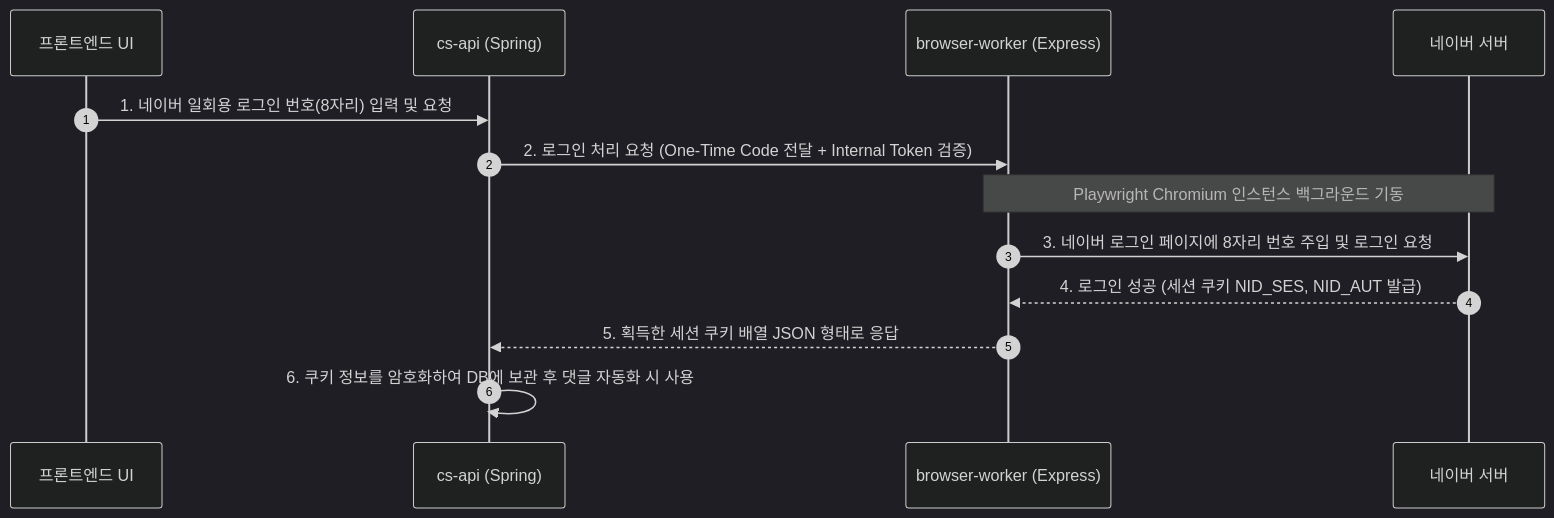
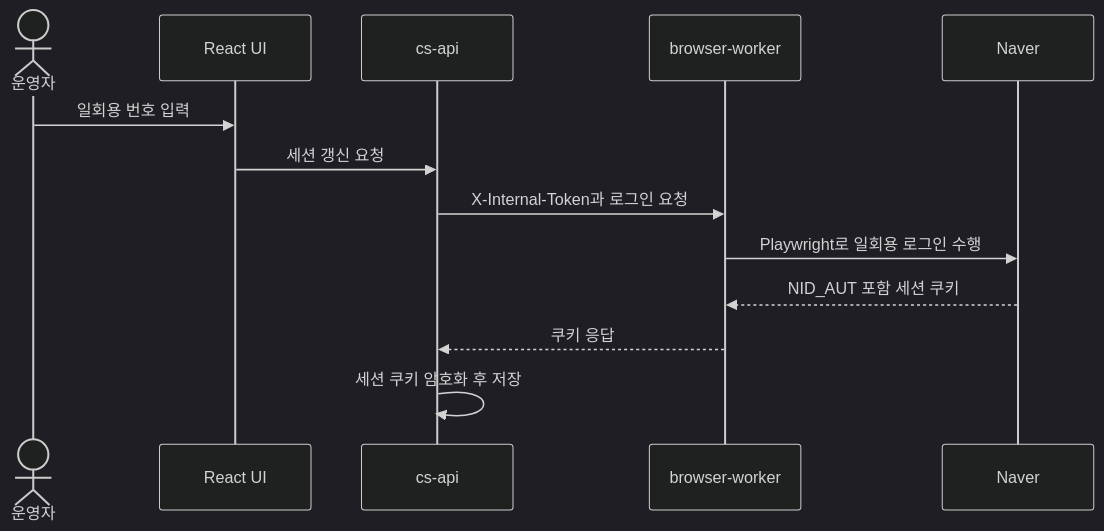
One commit to Yoonsik-Shin/cs-hub changed the second of 2 diagrams in docs/docs/code-architecture.md. Above: the diagram before and after it, drawn with Mermaid (dark theme). The commit also changed other lines of this file and 2 other files, not shown here.

Commit message:
docs: align code docs with runtime

````diff
--- a/docs/docs/code-architecture.md
+++ b/docs/docs/code-architecture.md
@@ -61,16 +58,16 @@
 ```mermaid
 sequenceDiagram
-    autonumber
-    participant UI as 프론트엔드 UI
-    participant API as cs-api (Spring)
-    participant Worker as browser-worker (Express)
-    participant Naver as 네이버 서버
+    actor User as 운영자
+    participant UI as React UI
+    participant API as cs-api
+    participant Worker as browser-worker
+    participant Naver as Naver
 
-    UI->>API: 1. 네이버 일회용 로그인 번호(8자리) 입력 및 요청
-    API->>Worker: 2. 로그인 처리 요청 (One-Time Code 전달 + Internal Token 검증)
-    Note over Worker,Naver: Playwright Chromium 인스턴스 백그라운드 기동
-    Worker->>Naver: 3. 네이버 로그인 페이지에 8자리 번호 주입 및 로그인 요청
-    Naver-->>Worker: 4. 로그인 성공 (세션 쿠키 NID_SES, NID_AUT 발급)
-    Worker-->>API: 5. 획득한 세션 쿠키 배열 JSON 형태로 응답
-    API->>API: 6. 쿠키 정보를 암호화하여 DB에 보관 후 댓글 자동화 시 사용
+    User->>UI: 일회용 번호 입력
+    UI->>API: 세션 갱신 요청
+    API->>Worker: X-Internal-Token과 로그인 요청
+    Worker->>Naver: Playwright로 일회용 로그인 수행
+    Naver-->>Worker: NID_AUT 포함 세션 쿠키
+    Worker-->>API: 쿠키 응답
+    API->>API: 세션 쿠키 암호화 후 저장
 ```
````
